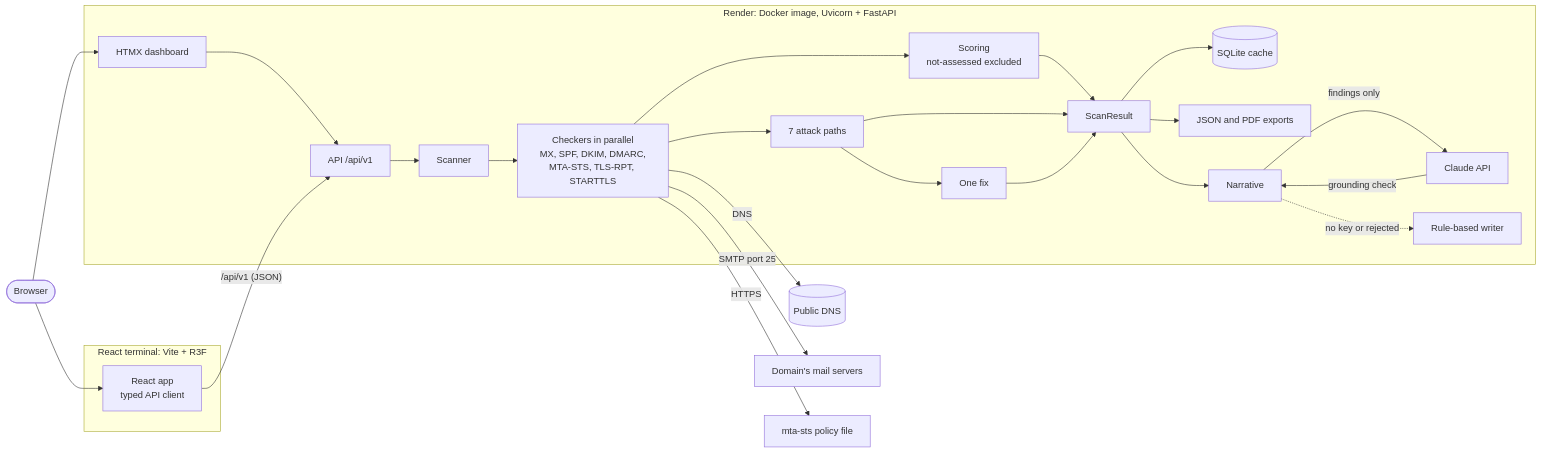
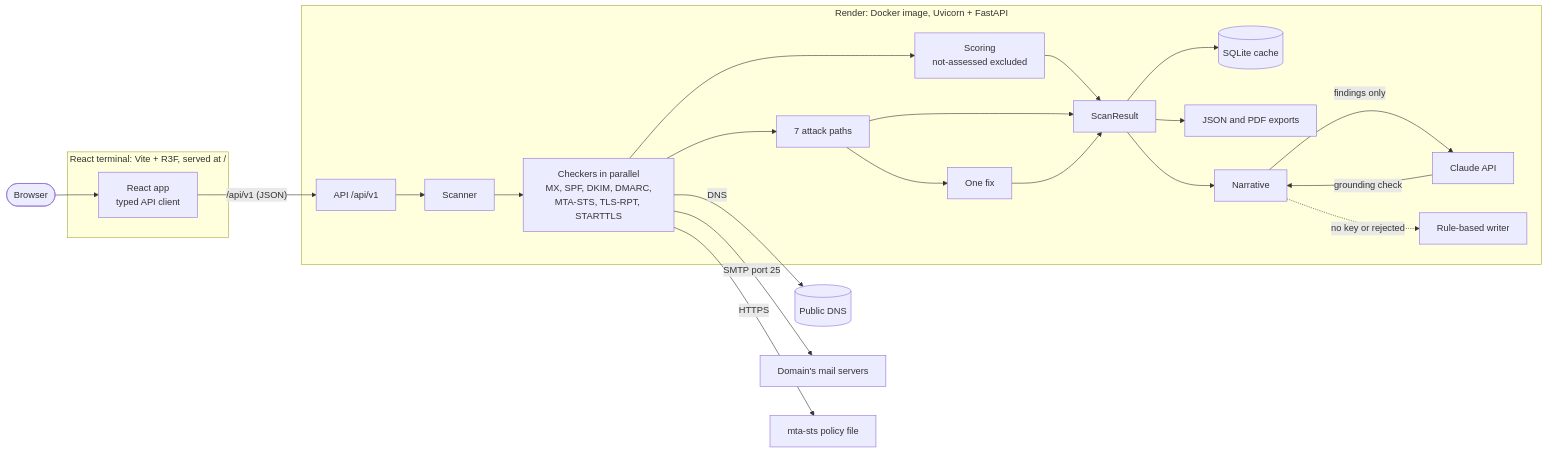
Before and after one commit to Yojan-ui/RIT: the diagram in README.md, drawn with Mermaid. The commit also changed other lines of this file and 61 other files, not shown here.

````diff
--- a/README.md
+++ b/README.md
@@ -229,33 +238,32 @@
 ```mermaid
 flowchart LR
     user(["Browser"])
 
-    subgraph web["React terminal: Vite + R3F"]
+    subgraph web["React terminal: Vite + R3F, served at /"]
         spa["React app<br/>typed API client"]
     end
 
     subgraph render["Render: Docker image, Uvicorn + FastAPI"]
-        ui["HTMX dashboard"] --> api["API /api/v1"]
+        api["API /api/v1"]
         api --> scanner["Scanner"]
         scanner --> checks["Checkers in parallel<br/>MX, SPF, DKIM, DMARC,<br/>MTA-STS, TLS-RPT, STARTTLS"]
         checks --> score["Scoring<br/>not-assessed excluded"]
         checks --> paths["7 attack paths"]
         paths --> fix["One fix"]
         score --> result["ScanResult"]
         paths --> result
         fix --> result
         result --> cache[("SQLite cache")]
         result --> export["JSON and PDF exports"]
         result --> narrative["Narrative"]
         narrative -- "findings only" --> claude["Claude API"]
         claude -- "grounding check" --> narrative
         narrative -. "no key or rejected" .-> rules["Rule-based writer"]
     end
 
     user --> spa
-    user --> ui
     spa -- "/api/v1 (JSON)" --> api
     checks -- "DNS" --> dns[("Public DNS")]
     checks -- "SMTP port 25" --> mx["Domain's mail servers"]
     checks -- "HTTPS" --> sts["mta-sts policy file"]
 ```
````
